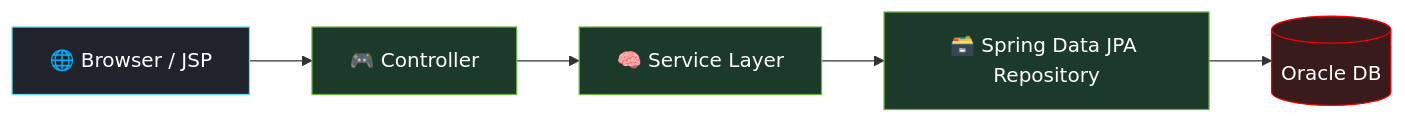
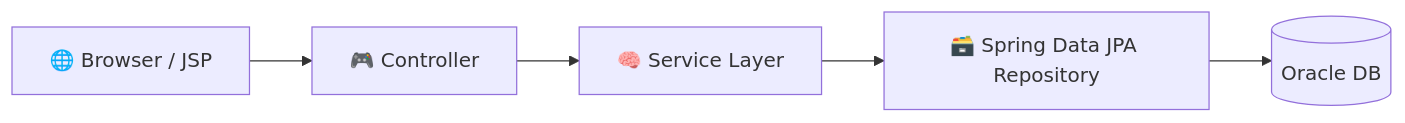
The first of 4 diagrams in README.md (adarshgadekar58/adarshgadekar58), drawn with Mermaid before and after one commit. The commit also changed other lines of this file, not shown here.

````diff
--- a/README.md
+++ b/README.md
@@ -109,12 +205,7 @@
 ```mermaid
 flowchart LR
     A[🌐 Browser / JSP] --> B[🎮 Controller]
     B --> C[🧠 Service Layer]
     C --> D[🗃️ Spring Data JPA Repository]
     D --> E[(Oracle DB)]
-    style A fill:#20232a,stroke:#61dafb,color:#fff
-    style B fill:#1b3a2a,stroke:#6db33f,color:#fff
-    style C fill:#1b3a2a,stroke:#6db33f,color:#fff
-    style D fill:#1b3a2a,stroke:#6db33f,color:#fff
-    style E fill:#3a1b1b,stroke:#f80000,color:#fff
 ```
````
